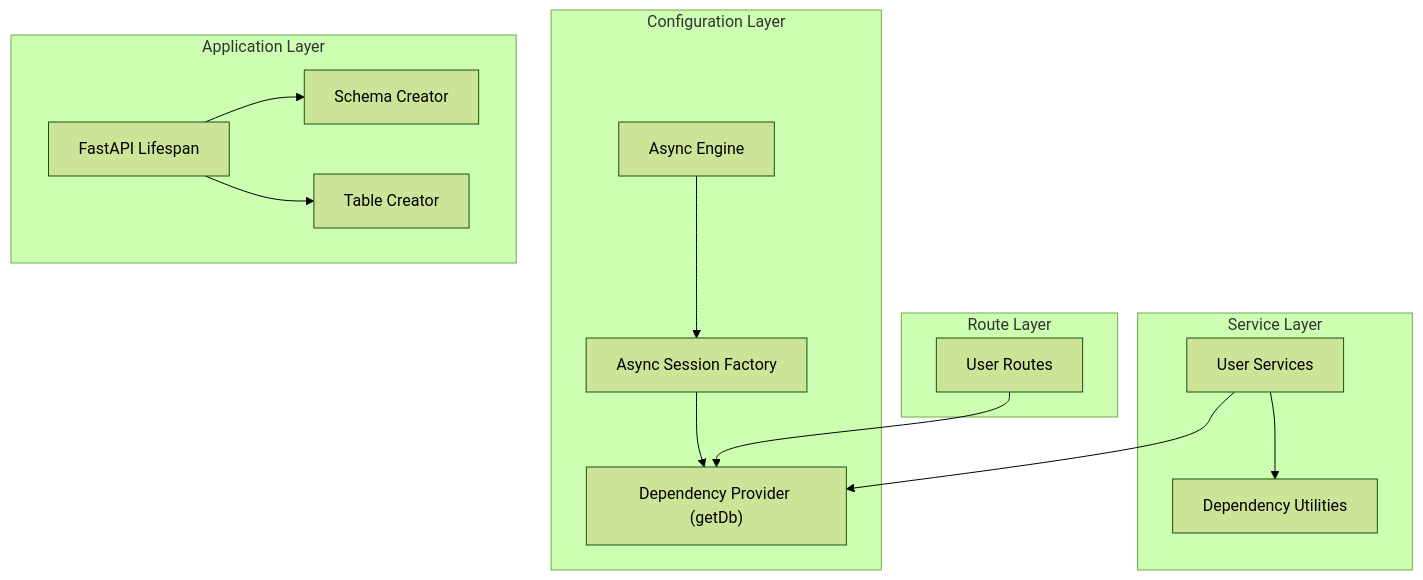
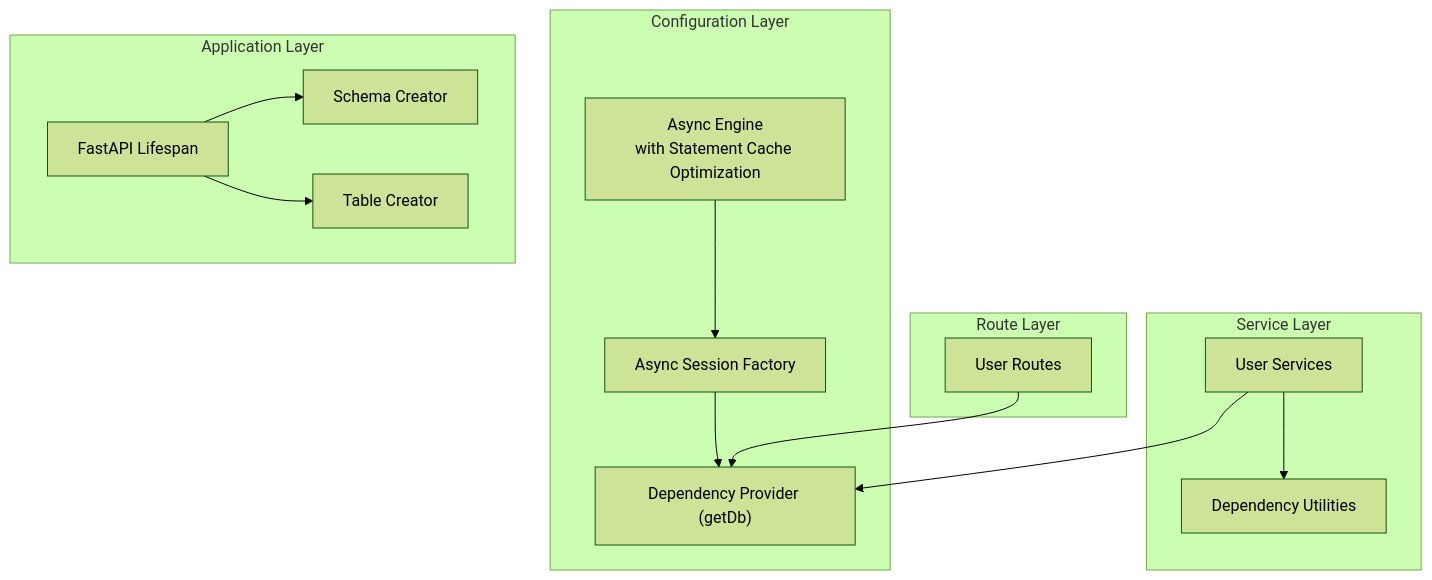
One commit to srikant-panda/auth-service changed the second of 9 diagrams in .qoder/repowiki/en/content/Advanced Topics/Database Configuration and Connection Management.md. Above: the diagram before and after it, drawn with Mermaid (forest theme). The commit also changed other lines of this file and 19 other files, not shown here.

````diff
--- a/.qoder/repowiki/en/content/Advanced Topics/Database Configuration and Connection Management.md
+++ b/.qoder/repowiki/en/content/Advanced Topics/Database Configuration and Connection Management.md
@@ -96,27 +104,27 @@
 ```mermaid
 graph TB
 subgraph "Configuration Layer"
-Engine["Async Engine"]
+Engine["Async Engine<br/>with Statement Cache Optimization"]
 SessionFactory["Async Session Factory"]
 DependencyProvider["Dependency Provider (getDb)"]
 end
 subgraph "Application Layer"
 Lifespan["FastAPI Lifespan"]
 SchemaCreator["Schema Creator"]
 TableCreator["Table Creator"]
 end
 subgraph "Route Layer"
 UserRoutes["User Routes"]
 end
 subgraph "Service Layer"
 UserServices["User Services"]
 Dependencies["Dependency Utilities"]
 end
 Engine --> SessionFactory
 SessionFactory --> DependencyProvider
 Lifespan --> SchemaCreator
 Lifespan --> TableCreator
 UserRoutes --> DependencyProvider
 UserServices --> DependencyProvider
 UserServices --> Dependencies
 ```
````
